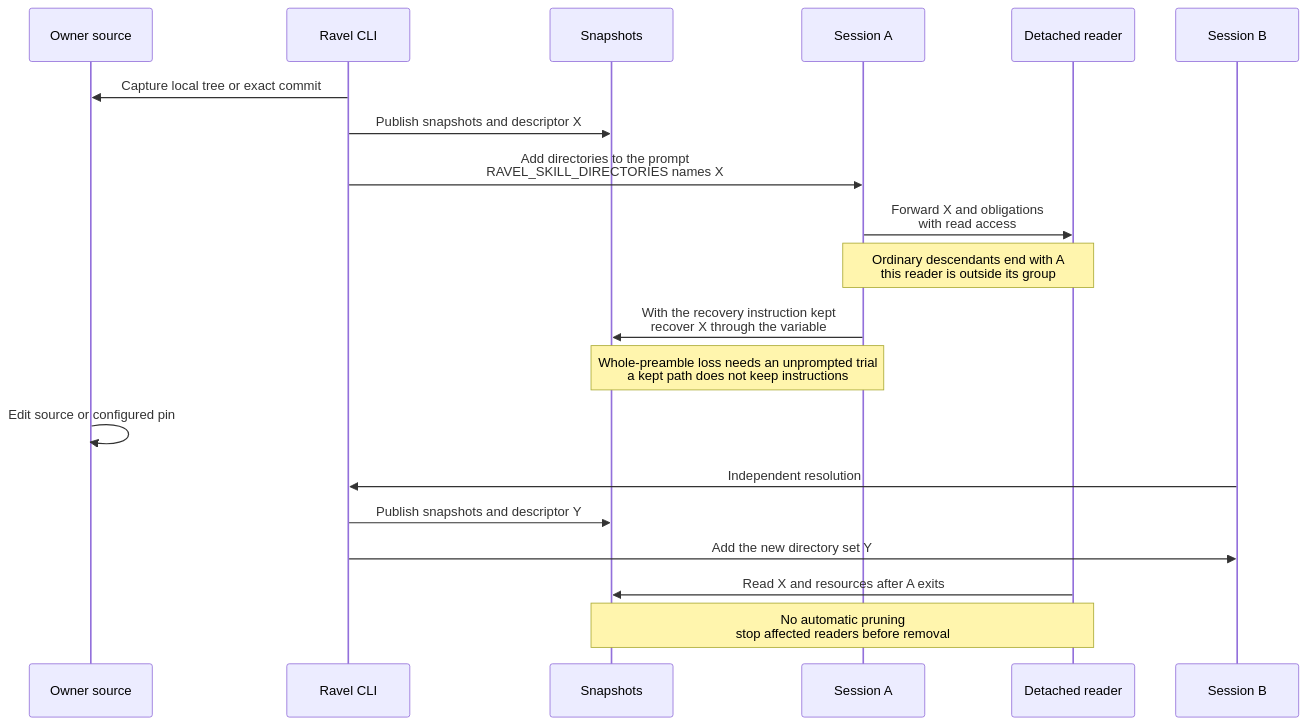
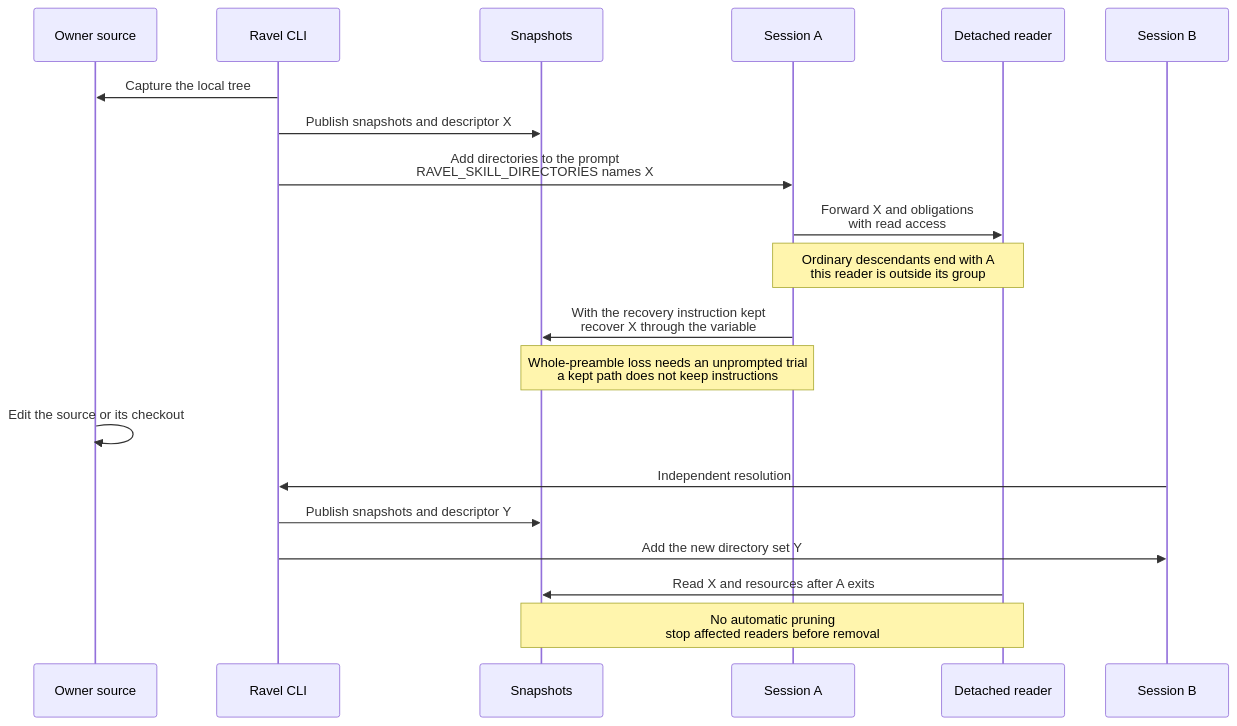
The diagram in docs/design/skill-discovery/lifetime.mmd (Linkuistics/Ravel), drawn with Mermaid before and after one commit. The commit also changed 11 other files, not shown here.

```diff
--- a/docs/design/skill-discovery/lifetime.mmd
+++ b/docs/design/skill-discovery/lifetime.mmd
@@ -1,20 +1,20 @@
 sequenceDiagram
   participant Owner as Owner source
   participant CLI as Ravel CLI
   participant Cache as Snapshots
   participant Parent as Session A
   participant Reader as Detached reader
   participant Next as Session B
-  CLI->>Owner: Capture local tree or exact commit
+  CLI->>Owner: Capture the local tree
   CLI->>Cache: Publish snapshots and descriptor X
   CLI->>Parent: Add directories to the prompt<br/>RAVEL_SKILL_DIRECTORIES names X
   Parent->>Reader: Forward X and obligations<br/>with read access
   Note over Parent,Reader: Ordinary descendants end with A<br/>this reader is outside its group
   Parent->>Cache: With the recovery instruction kept<br/>recover X through the variable
   Note over Parent,Cache: Whole-preamble loss needs an unprompted trial<br/>a kept path does not keep instructions
-  Owner->>Owner: Edit source or configured pin
+  Owner->>Owner: Edit the source or its checkout
   Next->>CLI: Independent resolution
   CLI->>Cache: Publish snapshots and descriptor Y
   CLI->>Next: Add the new directory set Y
   Reader->>Cache: Read X and resources after A exits
   Note over Cache,Reader: No automatic pruning<br/>stop affected readers before removal
```
